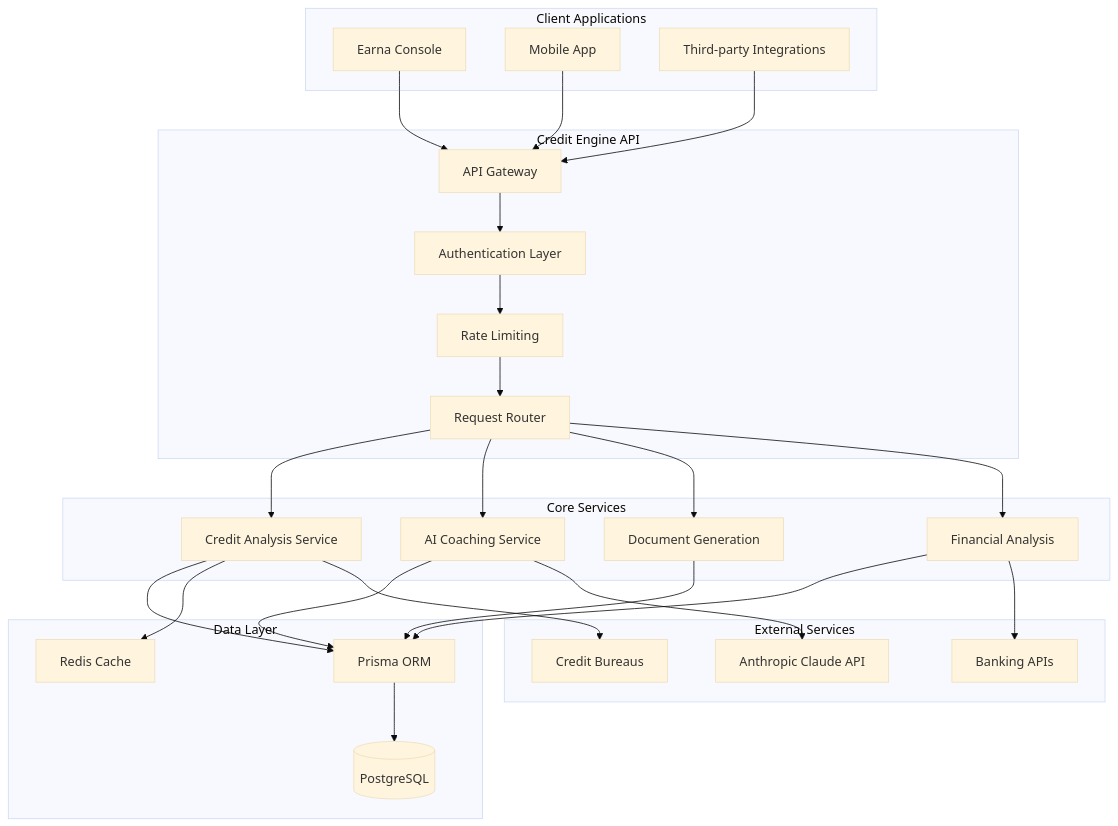
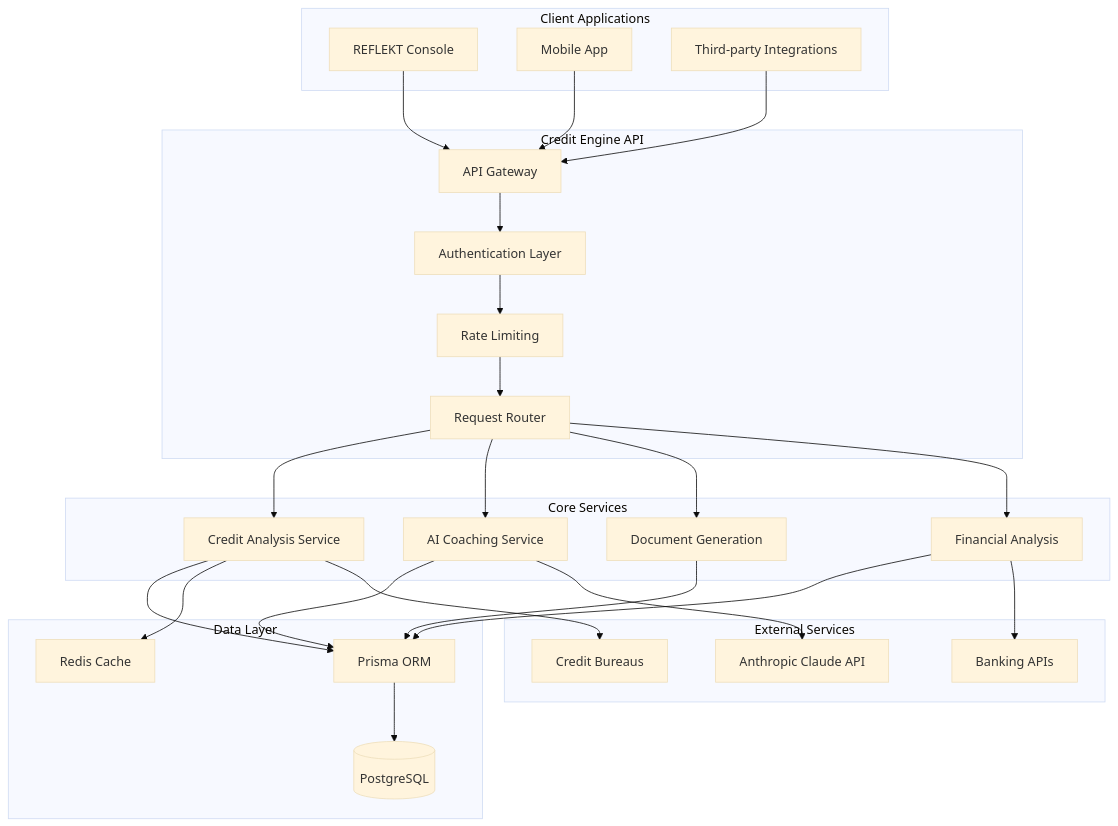
Before and after one commit to identity-wael/REFLEKT: the first of 2 diagrams in docs-nextra/src/content/credit-engine/core-concepts/architecture/index.mdx, drawn with Mermaid (base theme). The commit also changed 88 other files, not shown here.

First line of the commit message:
docs: rebrand docs-nextra from Earna AI to REFLEKT

````diff
--- a/docs-nextra/src/content/credit-engine/core-concepts/architecture/index.mdx
+++ b/docs-nextra/src/content/credit-engine/core-concepts/architecture/index.mdx
@@ -9,54 +9,54 @@
 ```mermaid
 graph TB
     subgraph "Client Applications"
-        A[Earna Console]
+        A[REFLEKT Console]
         B[Mobile App]
         C[Third-party Integrations]
     end
 
     subgraph "Credit Engine API"
         D[API Gateway]
         E[Authentication Layer]
         F[Rate Limiting]
         G[Request Router]
     end
 
     subgraph "Core Services"
         H[Credit Analysis Service]
         I[AI Coaching Service]
         J[Document Generation]
         K[Financial Analysis]
     end
 
     subgraph "Data Layer"
         L[(PostgreSQL)]
         M[Prisma ORM]
         N[Redis Cache]
     end
 
     subgraph "External Services"
         O[Anthropic Claude API]
         P[Credit Bureaus]
         Q[Banking APIs]
     end
 
     A --> D
     B --> D
     C --> D
     D --> E
     E --> F
     F --> G
     G --> H
     G --> I
     G --> J
     G --> K
     H --> M
     I --> M
     J --> M
     K --> M
     M --> L
     H --> N
     I --> O
     H --> P
     K --> Q
 ```
````
